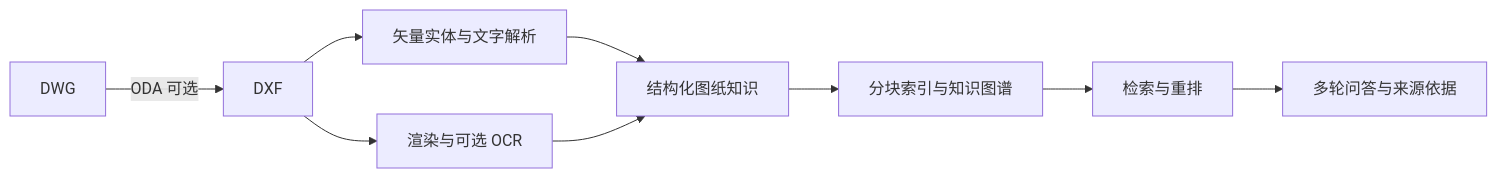
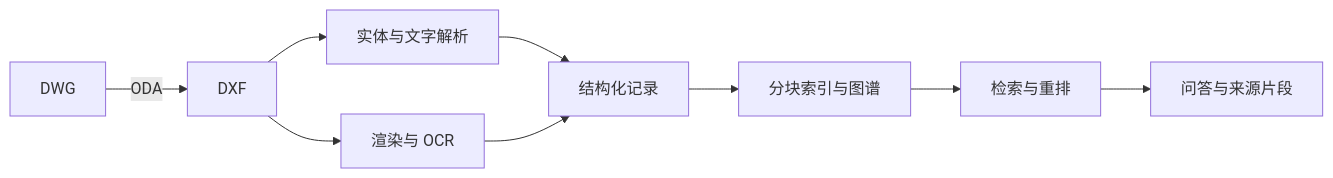
The diagram in README.md (zkf886688-bit/cad-drawing-rag-agent), drawn with Mermaid before and after one commit. The commit also changed other lines of this file and 5 other files, not shown here.

````diff
--- a/README.md
+++ b/README.md
@@ -20,11 +15,11 @@
 ```mermaid
 flowchart LR
-    A[DWG] -->|ODA 可选| B[DXF]
-    B --> C[矢量实体与文字解析]
-    B --> D[渲染与可选 OCR]
-    C --> E[结构化图纸知识]
+    A[DWG] -->|ODA| B[DXF]
+    B --> C[实体与文字解析]
+    B --> D[渲染与 OCR]
+    C --> E[结构化记录]
     D --> E
-    E --> F[分块索引与知识图谱]
+    E --> F[分块索引与图谱]
     F --> G[检索与重排]
-    G --> H[多轮问答与来源依据]
+    G --> H[问答与来源片段]
 ```
````
